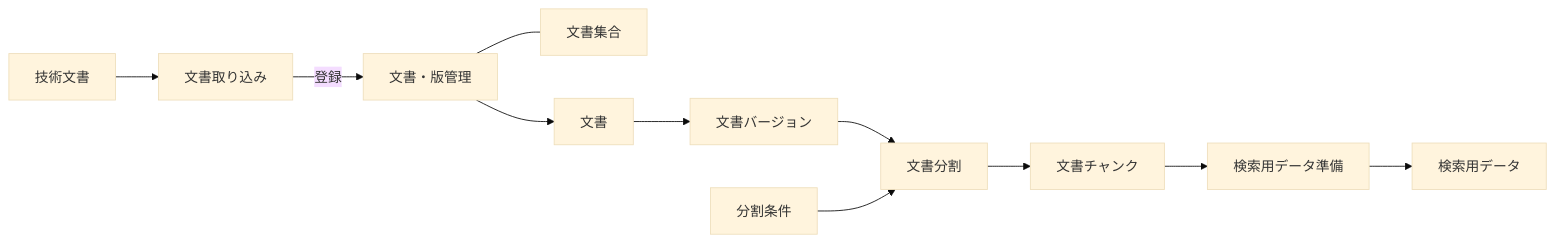
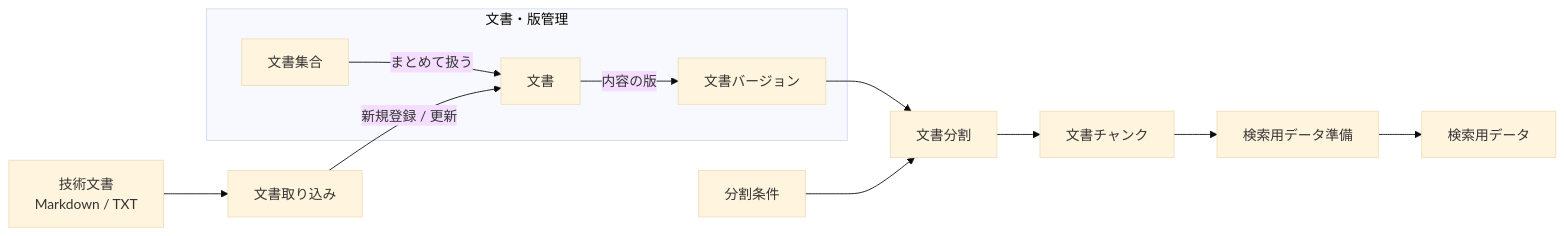
Before and after one commit to takashit16833/RAGScope: the diagram in project-docs/design/domains/documents/README.md, drawn with Mermaid (base theme). The commit also changed other lines of this file and 9 other files, not shown here.

````diff
--- a/project-docs/design/domains/documents/README.md
+++ b/project-docs/design/domains/documents/README.md
@@ -9,25 +9,24 @@
 ```mermaid
 flowchart LR
-    TechnicalDocument["技術文書"]
+    Source["技術文書<br>Markdown / TXT"]
     Ingest["文書取り込み"]
-    Manage["文書・版管理"]
-    Collection["文書集合"]
-    Document["文書"]
-    Version["文書バージョン"]
+
+    subgraph Management["文書・版管理"]
+        Collection["文書集合"] -->|"まとめて扱う"| Document["文書"]
+        Document -->|"内容の版"| Version["文書バージョン"]
+    end
+
     Condition["分割条件"]
     Split["文書分割"]
     Chunk["文書チャンク"]
     Prepare["検索用データ準備"]
     SearchData["検索用データ"]
 
-    TechnicalDocument --> Ingest
-    Ingest -->|"登録"| Manage
-    Manage --- Collection
-    Manage --> Document
-    Document --> Version
+    Source --> Ingest
+    Ingest -->|"新規登録 / 更新"| Document
     Version --> Split
     Condition --> Split
     Split --> Chunk
     Chunk --> Prepare
     Prepare --> SearchData
 ```
````
